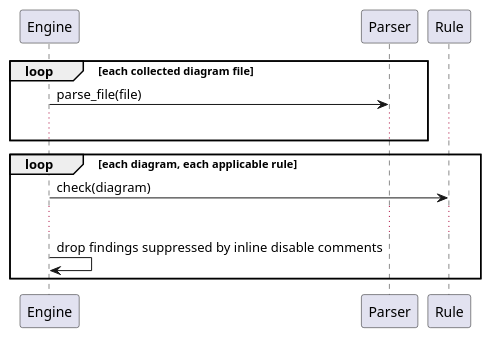
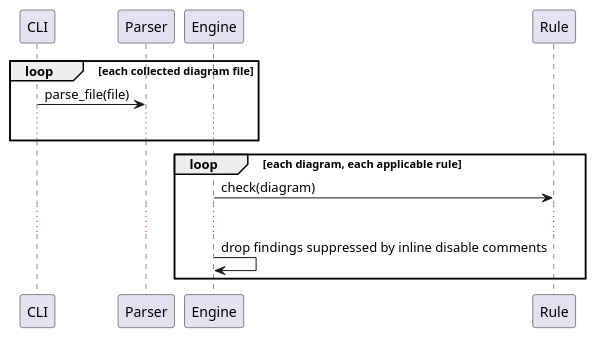
The seventh of 9 diagrams in docs/pumllint-lint-flow-explained.md (fdurieux/pumllint), drawn with PlantUML before and after one commit. The commit also changed other lines of this file and 10 other files, not shown here.

````diff
--- a/docs/pumllint-lint-flow-explained.md
+++ b/docs/pumllint-lint-flow-explained.md
@@ -167,13 +171,13 @@
 ```plantuml
 loop each collected diagram file
-    Engine -> Parser : parse_file(file)
+    CLI -> Parser : parse_file(file)
     ...
 end
 
 loop each diagram, each applicable rule
     Engine -> Rule : check(diagram)
     ...
     ' pumllint: disable=SEQ006
     Engine -> Engine : drop findings suppressed by inline disable comments
 end
 ```
````
